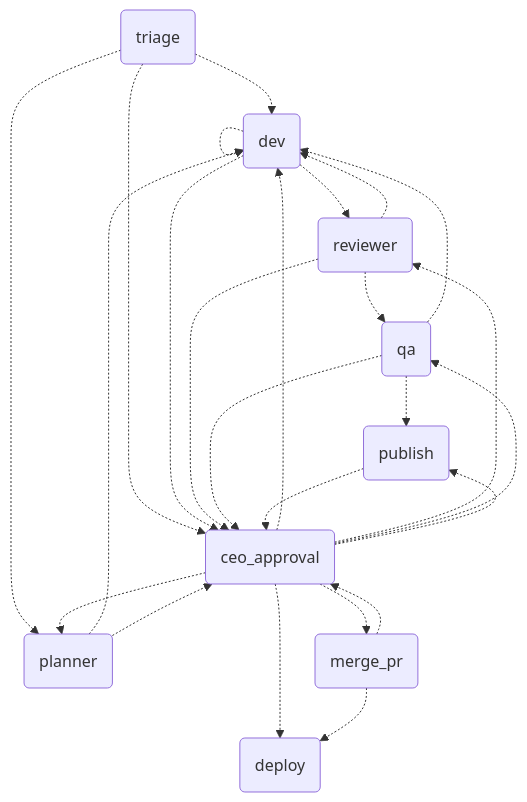
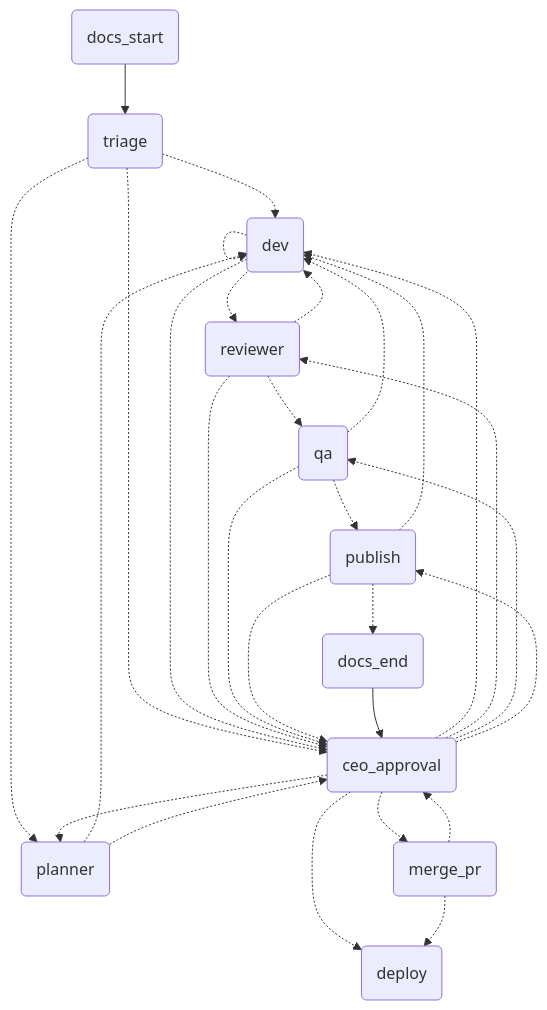
The diagram in orchestrator/README.md (venturelli-91/agent-softhouse-orchestrator), drawn with Mermaid before and after one commit. The commit also changed other lines of this file and 2 other files, not shown here.

Commit message:
docs(orchestrator): surface docs warnings in the CLI and document the docs node

````diff
--- a/orchestrator/README.md
+++ b/orchestrator/README.md
@@ -5,36 +5,42 @@
 ```mermaid
 graph TD;
+  docs_start(docs_start)
+  docs_end(docs_end)
   triage(triage)
   planner(planner)
   dev(dev)
   reviewer(reviewer)
   qa(qa)
   publish(publish)
   ceo_approval(ceo_approval)
   merge_pr(merge_pr)
   deploy(deploy)
+  docs_start --> triage;
   triage -.-> dev;
   triage -.-> planner;
   triage -.-> ceo_approval;
   planner -.-> dev;
   planner -.-> ceo_approval;
   dev -.-> reviewer;
   dev -.-> ceo_approval;
   reviewer -.-> qa;
   reviewer -.-> dev;
   reviewer -.-> ceo_approval;
   qa -.-> publish;
   qa -.-> dev;
   qa -.-> ceo_approval;
+  publish -.-> docs_end;
+  publish -.-> dev;
   publish -.-> ceo_approval;
+  docs_end --> ceo_approval;
   ceo_approval -.-> dev;
   ceo_approval -.-> planner;
   ceo_approval -.-> reviewer;
   ceo_approval -.-> qa;
   ceo_approval -.-> publish;
   ceo_approval -.-> deploy;
   ceo_approval -.-> merge_pr;
   merge_pr -.-> deploy;
   merge_pr -.-> ceo_approval;
   dev -.-> dev;
 ```
````
